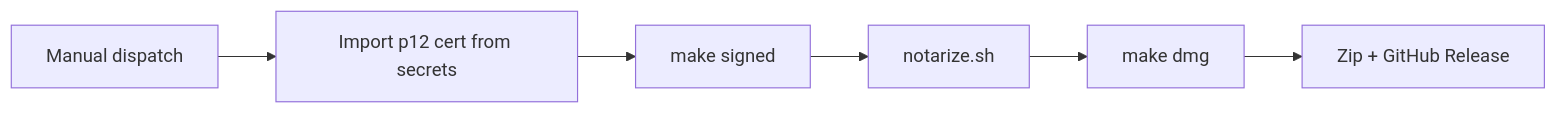
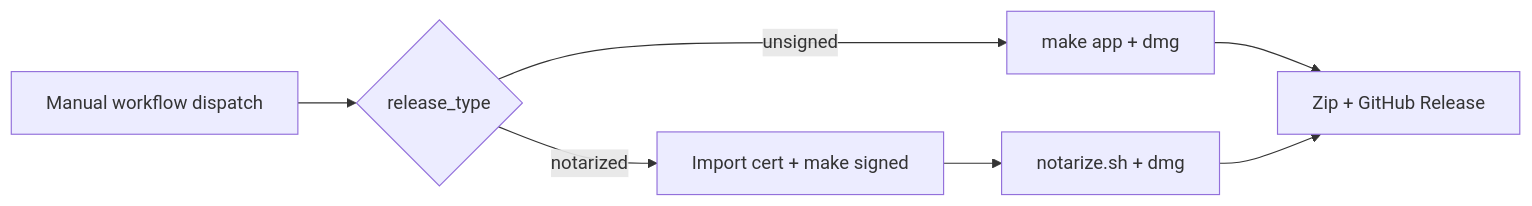
Before and after one commit to rimusz/grok-build-desktop: the diagram in BUILDING.md, drawn with Mermaid. The commit also changed other lines of this file and 46 other files, not shown here.

````diff
--- a/BUILDING.md
+++ b/BUILDING.md
@@ -184,8 +238,9 @@
 ```mermaid
 flowchart LR
-  A[Manual dispatch] --> B[Import p12 cert from secrets]
-  B --> C[make signed]
-  C --> D[notarize.sh]
-  D --> E[make dmg]
-  E --> F[Zip + GitHub Release]
+  A[Manual workflow dispatch] --> B{release_type}
+  B -->|unsigned| C[make app + dmg]
+  B -->|notarized| D[Import cert + make signed]
+  D --> E[notarize.sh + dmg]
+  C --> F[Zip + GitHub Release]
+  E --> F
 ```
````
